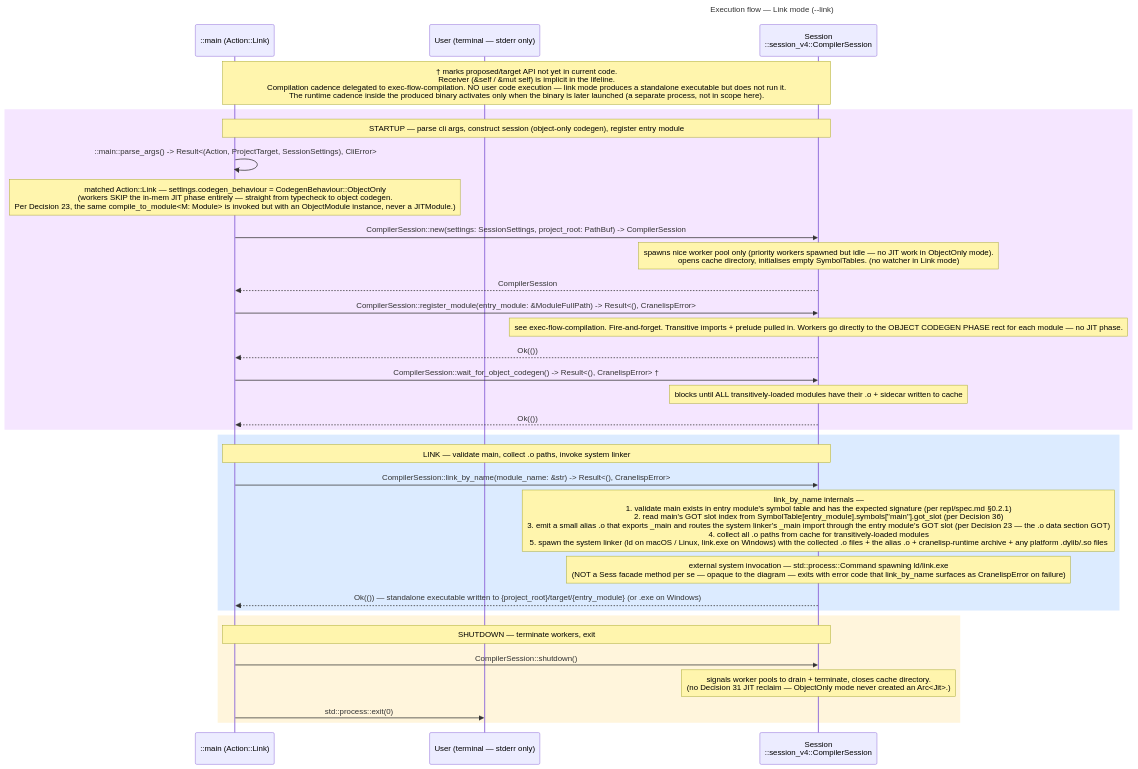
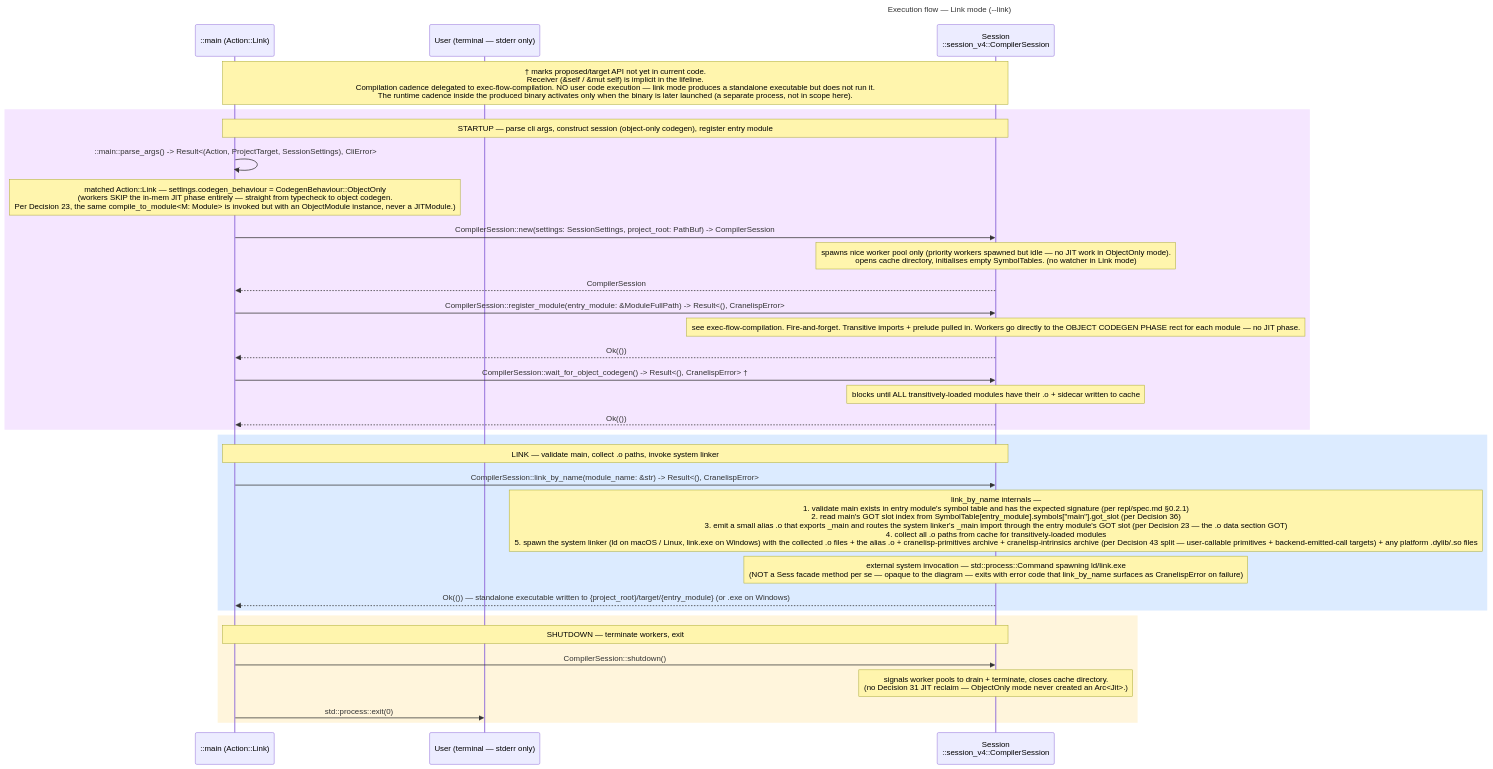
Before and after one commit to alilee/cranelisp: the diagram in design/arch/sequences/exec-flow-link.mmd, drawn with Mermaid. The commit also changed 9 other files, not shown here.

```diff
--- a/design/arch/sequences/exec-flow-link.mmd
+++ b/design/arch/sequences/exec-flow-link.mmd
@@ -1,48 +1,48 @@
 sequenceDiagram
     title Execution flow — Link mode (--link)
 
     participant Initiator as ::main (Action::Link)
     participant User as User (terminal — stderr only)
     participant Sess as Session<br/>::session_v4::CompilerSession
 
     Note over Initiator, Sess: † marks proposed/target API not yet in current code.<br/>Receiver (&self / &mut self) is implicit in the lifeline.<br/>Compilation cadence delegated to exec-flow-compilation. NO user code execution — link mode produces a standalone executable but does not run it.<br/>The runtime cadence inside the produced binary activates only when the binary is later launched (a separate process, not in scope here).
 
     rect rgb(245, 230, 255)
         Note over Initiator, Sess: STARTUP — parse cli args, construct session (object-only codegen), register entry module
 
         Initiator ->> Initiator: ::main::parse_args() -> Result<(Action, ProjectTarget, SessionSettings), CliError>
         Note over Initiator: matched Action::Link — settings.codegen_behaviour = CodegenBehaviour::ObjectOnly<br/>(workers SKIP the in-mem JIT phase entirely — straight from typecheck to object codegen.<br/>Per Decision 23, the same compile_to_module<M: Module> is invoked but with an ObjectModule instance, never a JITModule.)
 
         Initiator ->> Sess: CompilerSession::new(settings: SessionSettings, project_root: PathBuf) -> CompilerSession
         Note over Sess: spawns nice worker pool only (priority workers spawned but idle — no JIT work in ObjectOnly mode).<br/>opens cache directory, initialises empty SymbolTables. (no watcher in Link mode)
         Sess -->> Initiator: CompilerSession
 
         Initiator ->> Sess: CompilerSession::register_module(entry_module: &ModuleFullPath) -> Result<(), CranelispError>
         Note over Sess: see exec-flow-compilation. Fire-and-forget. Transitive imports + prelude pulled in. Workers go directly to the OBJECT CODEGEN PHASE rect for each module — no JIT phase.
         Sess -->> Initiator: Ok(())
 
         Initiator ->> Sess: CompilerSession::wait_for_object_codegen() -> Result<(), CranelispError> †
         Note over Sess: blocks until ALL transitively-loaded modules have their .o + sidecar written to cache
         Sess -->> Initiator: Ok(())
     end
 
     rect rgb(220, 235, 255)
         Note over Initiator, Sess: LINK — validate main, collect .o paths, invoke system linker
 
         Initiator ->> Sess: CompilerSession::link_by_name(module_name: &str) -> Result<(), CranelispError>
 
-        Note over Sess: link_by_name internals —<br/>1. validate main exists in entry module's symbol table and has the expected signature (per repl/spec.md §0.2.1)<br/>2. read main's GOT slot index from SymbolTable[entry_module].symbols["main"].got_slot (per Decision 36)<br/>3. emit a small alias .o that exports _main and routes the system linker's _main import through the entry module's GOT slot (per Decision 23 — the .o data section GOT)<br/>4. collect all .o paths from cache for transitively-loaded modules<br/>5. spawn the system linker (ld on macOS / Linux, link.exe on Windows) with the collected .o files + the alias .o + cranelisp-runtime archive + any platform .dylib/.so files
+        Note over Sess: link_by_name internals —<br/>1. validate main exists in entry module's symbol table and has the expected signature (per repl/spec.md §0.2.1)<br/>2. read main's GOT slot index from SymbolTable[entry_module].symbols["main"].got_slot (per Decision 36)<br/>3. emit a small alias .o that exports _main and routes the system linker's _main import through the entry module's GOT slot (per Decision 23 — the .o data section GOT)<br/>4. collect all .o paths from cache for transitively-loaded modules<br/>5. spawn the system linker (ld on macOS / Linux, link.exe on Windows) with the collected .o files + the alias .o + cranelisp-primitives archive + cranelisp-intrinsics archive (per Decision 43 split — user-callable primitives + backend-emitted-call targets) + any platform .dylib/.so files
 
         Note over Sess: external system invocation — std::process::Command spawning ld/link.exe<br/>(NOT a Sess facade method per se — opaque to the diagram — exits with error code that link_by_name surfaces as CranelispError on failure)
 
         Sess -->> Initiator: Ok(()) — standalone executable written to {project_root}/target/{entry_module} (or .exe on Windows)
     end
 
     rect rgb(255, 245, 220)
         Note over Initiator, Sess: SHUTDOWN — terminate workers, exit
 
         Initiator ->> Sess: CompilerSession::shutdown()
         Note over Sess: signals worker pools to drain + terminate, closes cache directory.<br/>(no Decision 31 JIT reclaim — ObjectOnly mode never created an Arc<Jit>.)
 
         Initiator ->> User: std::process::exit(0)
     end
```
